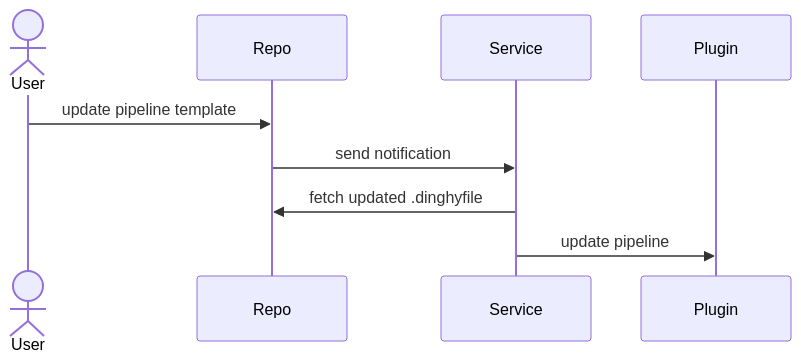
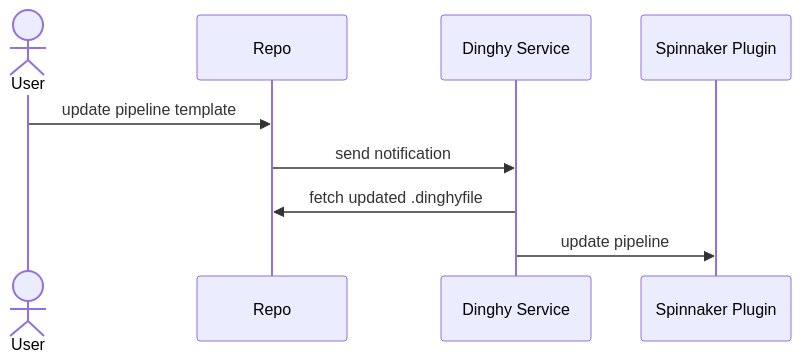
One commit to armory/docs changed the diagram in content/en/plugins/pipelines-as-code/architecture.md. Above: the diagram before and after it, drawn with Mermaid. The commit also changed other lines of this file and 1 other file, not shown here.

Commit message:
Halyard page: add warnings

````diff
--- a/content/en/plugins/pipelines-as-code/architecture.md
+++ b/content/en/plugins/pipelines-as-code/architecture.md
@@ -25,12 +25,12 @@
 ```mermaid
 sequenceDiagram
     actor User
     participant Repo
-    participant Service
-    participant Plugin    
+    participant Dinghy Service
+    participant Spinnaker Plugin    
 
     User->>Repo: update pipeline template
-    Repo->>Service: send notification
-    Service->>Repo: fetch updated .dinghyfile
-    Service->>Plugin: update pipeline
+    Repo->>Dinghy Service: send notification
+    Dinghy Service->>Repo: fetch updated .dinghyfile
+    Dinghy Service->>Spinnaker Plugin: update pipeline
 ```
````
